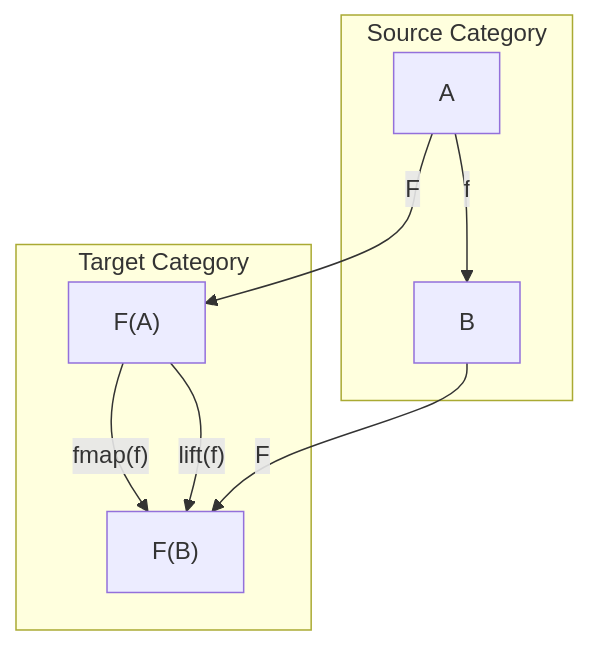
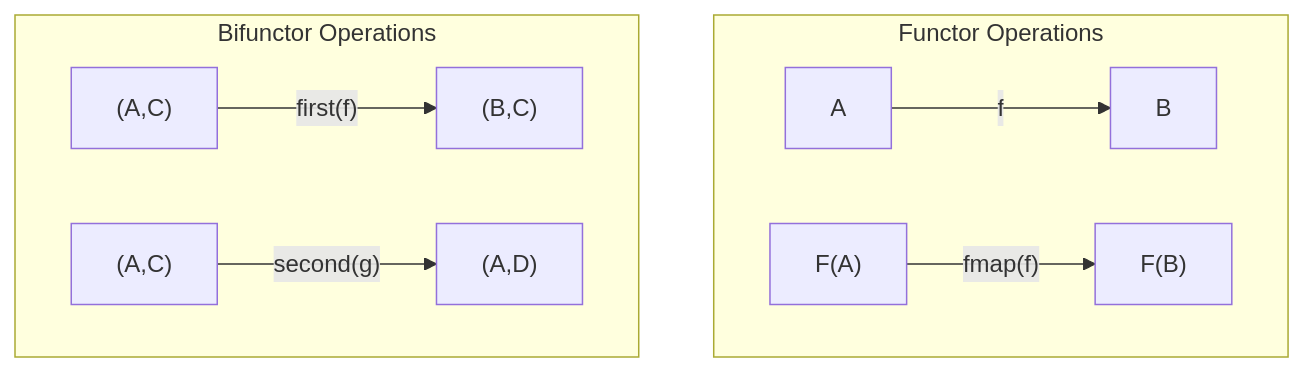
Before and after one commit to but212/rustica: the fourth of 11 diagrams in docs/category_theory.md, drawn with Mermaid. The commit also changed other lines of this file and 45 other files, not shown here.

````diff
--- a/docs/category_theory.md
+++ b/docs/category_theory.md
@@ -151,12 +130,12 @@
 ```mermaid
 flowchart TB
-    subgraph "Source Category"
-        A["A"] --> |"f"| B["B"]
+    subgraph "Functor Operations"
+        A["A"] -->|"f"| B["B"]
+        FA["F(A)"] -->|"fmap(f)"| FB["F(B)"]
     end
-    subgraph "Target Category"
-        FA["F(A)"] --> |"fmap(f)"| FB["F(B)"]
-        FA --> |"lift(f)"| FB
+    subgraph "Bifunctor Operations"
+        direction LR
+        P1["(A,C)"] -->|"first(f)"| P2["(B,C)"]
+        P3["(A,C)"] -->|"second(g)"| P4["(A,D)"]
     end
-    A --> |"F"| FA
-    B --> |"F"| FB
 ```
````
